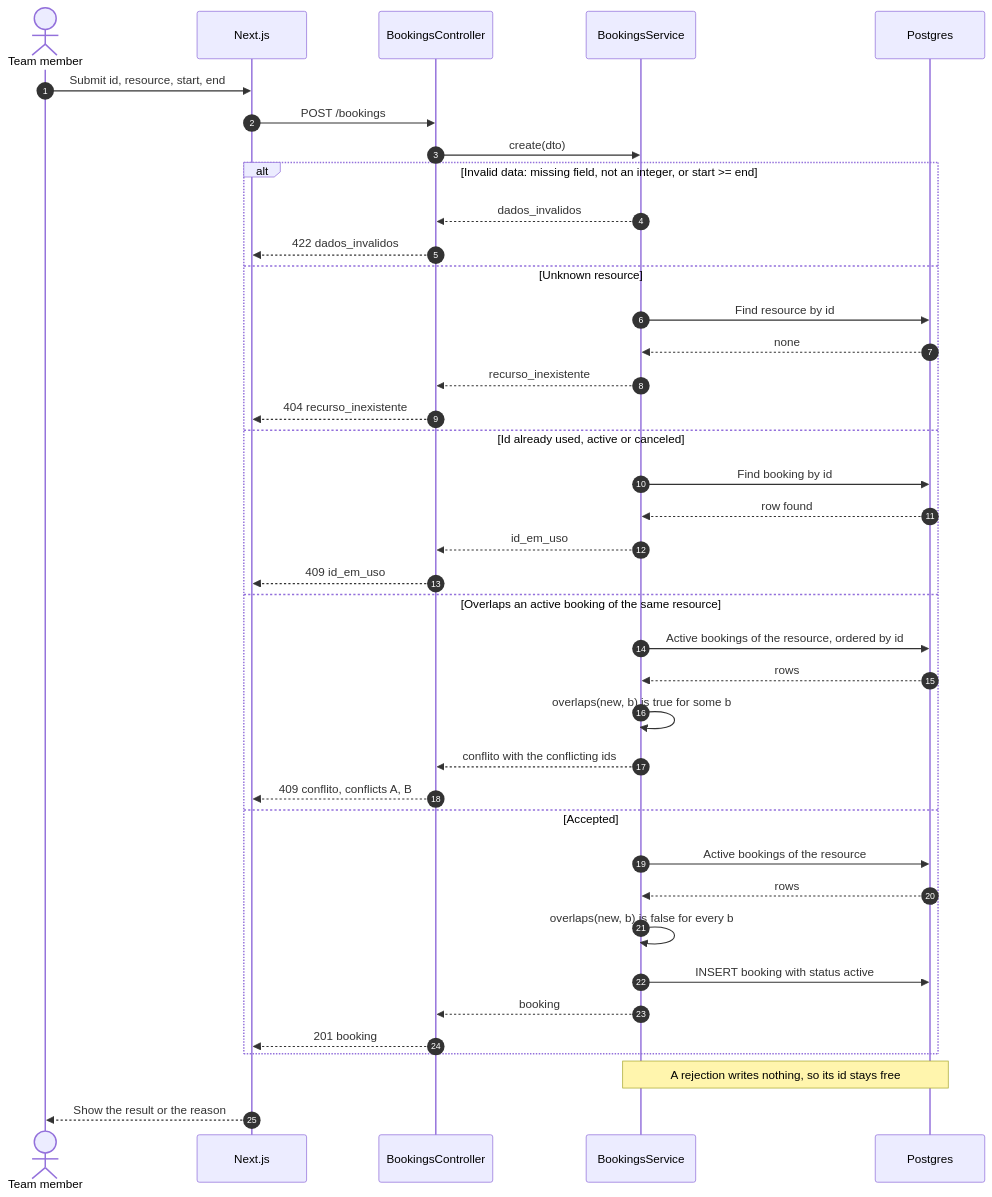
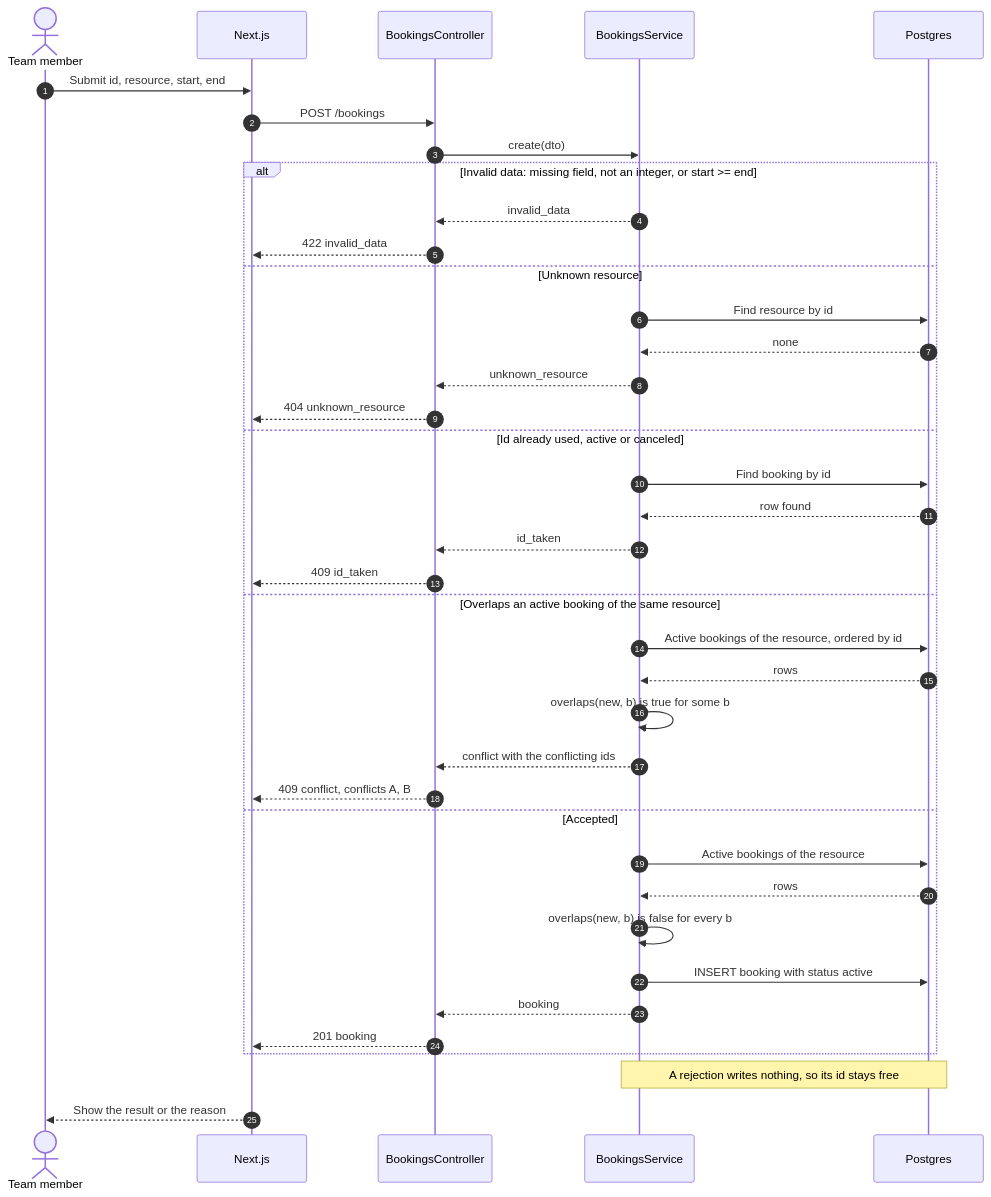
Before and after one commit to fredsvanelli/alvorada-test-02: the fifth of 7 diagrams in docs/diagrams/architecture.md, drawn with Mermaid. The commit also changed other lines of this file and 1 other file, not shown here.

````diff
--- a/docs/diagrams/architecture.md
+++ b/docs/diagrams/architecture.md
@@ -123,44 +123,44 @@
 ```mermaid
 sequenceDiagram
   autonumber
   actor U as Team member
   participant W as Next.js
   participant C as BookingsController
   participant S as BookingsService
   participant DB as Postgres
 
   U->>W: Submit id, resource, start, end
   W->>C: POST /bookings
   C->>S: create(dto)
 
   alt Invalid data: missing field, not an integer, or start >= end
-    S-->>C: dados_invalidos
-    C-->>W: 422 dados_invalidos
+    S-->>C: invalid_data
+    C-->>W: 422 invalid_data
   else Unknown resource
     S->>DB: Find resource by id
     DB-->>S: none
-    S-->>C: recurso_inexistente
-    C-->>W: 404 recurso_inexistente
+    S-->>C: unknown_resource
+    C-->>W: 404 unknown_resource
   else Id already used, active or canceled
     S->>DB: Find booking by id
     DB-->>S: row found
-    S-->>C: id_em_uso
-    C-->>W: 409 id_em_uso
+    S-->>C: id_taken
+    C-->>W: 409 id_taken
   else Overlaps an active booking of the same resource
     S->>DB: Active bookings of the resource, ordered by id
     DB-->>S: rows
     S->>S: overlaps(new, b) is true for some b
-    S-->>C: conflito with the conflicting ids
-    C-->>W: 409 conflito, conflicts A, B
+    S-->>C: conflict with the conflicting ids
+    C-->>W: 409 conflict, conflicts A, B
   else Accepted
     S->>DB: Active bookings of the resource
     DB-->>S: rows
     S->>S: overlaps(new, b) is false for every b
     S->>DB: INSERT booking with status active
     S-->>C: booking
     C-->>W: 201 booking
   end
 
   Note over S,DB: A rejection writes nothing, so its id stays free
   W-->>U: Show the result or the reason
 ```
````
